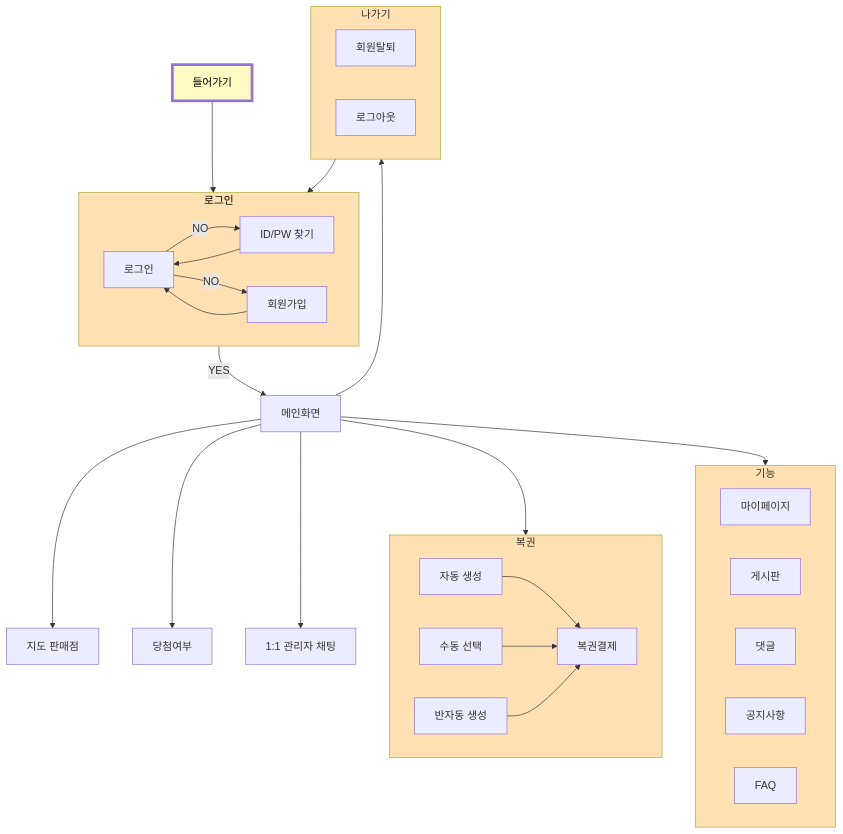
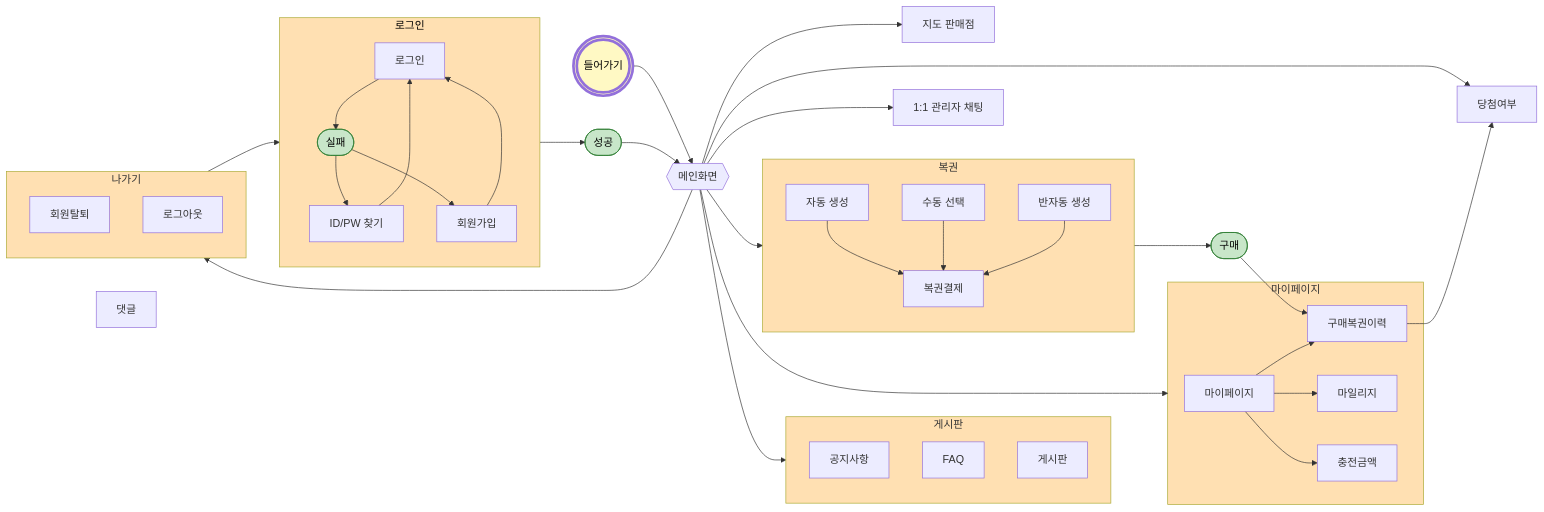
Before and after one commit to EndDefault/gitbook: the first of 2 diagrams in _pages/project.md, drawn with Mermaid. The commit also changed other lines of this file, not shown here.

````diff
--- a/_pages/project.md
+++ b/_pages/project.md
@@ -12,39 +13,67 @@
 ```mermaid
-flowchart TD
+flowchart LR
  subgraph 로그인["로그인"]
         Login["로그인"]
         Find["ID/PW 찾기"]
         Mem["회원가입"]
+        text_2(["실패"])
   end
  subgraph 복권["복권"]
         Pay["복권결제"]
         Auto["자동 생성"]
         Passive["수동 선택"]
         Semi-auto["반자동 생성"]
-        Auto & Passive & Semi-auto --> Pay
   end
- subgraph 기능
+ subgraph 마이페이지["마이페이지"]
         MP["마이페이지"]
-        Bord["게시판"]
-        Comment["댓글"]
+        MP_1["구매복권이력"]
+        MP_2["마일리지"]
+        MP_3["충전금액"]
+  end
+ subgraph 게시판["게시판"]
         Notice["공지사항"]
         FAQ["FAQ"]
+        Bord["게시판"]
   end
  subgraph 나가기["나가기"]
         P["회원탈퇴"]
         Q["로그아웃"]
   end
-    Z["들어가기"] --> 로그인
-    로그인 -- YES --> Main["메인화면"]
-    Login -- NO --> Find & Mem
-    Mem & Find --> Login
-    Main --> 복권 & Map["지도 판매점"] & win["당첨여부"] & 기능 & Message["1:1 관리자 채팅"] & 나가기
+    Auto --> Pay
+    Passive --> Pay
+    Semi-auto --> Pay
+    MP --> MP_1 & MP_2 & MP_3
+    Z["들어가기"] --> Main["메인화면"]
+    로그인 --> text_1(["성공"])
+    text_1 --> Main
+    Login --> text_2
+    text_2 --> Find & Mem
+    Mem --> Login
+    Find --> Login
+    Main --> 복권 & Map["지도 판매점"] & win["당첨여부"] & 마이페이지 & Message["1:1 관리자 채팅"] & 나가기 & 게시판
+    복권 --> text(["구매"])
+    text --> MP_1
+    MP_1 --> win
     나가기 --> 로그인
-    
+    Comment["댓글"]
 
+    Z@{ shape: dbl-circ}
+    Main@{ shape: hex}
+     text_2:::hl
+     text_1:::hl
+     text:::hl
+    classDef hl fill:#C8E6C9,stroke:#2E7D32,stroke-width:1px,color:#000
     style Z stroke-width:4px,stroke-dasharray: 0,color:#000000,fill:#FFF9C4
     style 로그인 fill:#FFE0B2,color:#000000
     style 복권 fill:#FFE0B2
-    style 기능 fill:#FFE0B2
+    style 마이페이지 fill:#FFE0B2
     style 나가기 fill:#FFE0B2
+    style 게시판 fill:#FFE0B2
+
+
+    %% 스타일 정의(한 번만)
+    classDef hl fill:#C8E6C9,stroke:#2E7D32,stroke-width:1px,color:#000;
+
+    %% 여러 노드에 한 번에 적용
+    class text,text_1,text_2 hl;
 ```
````
